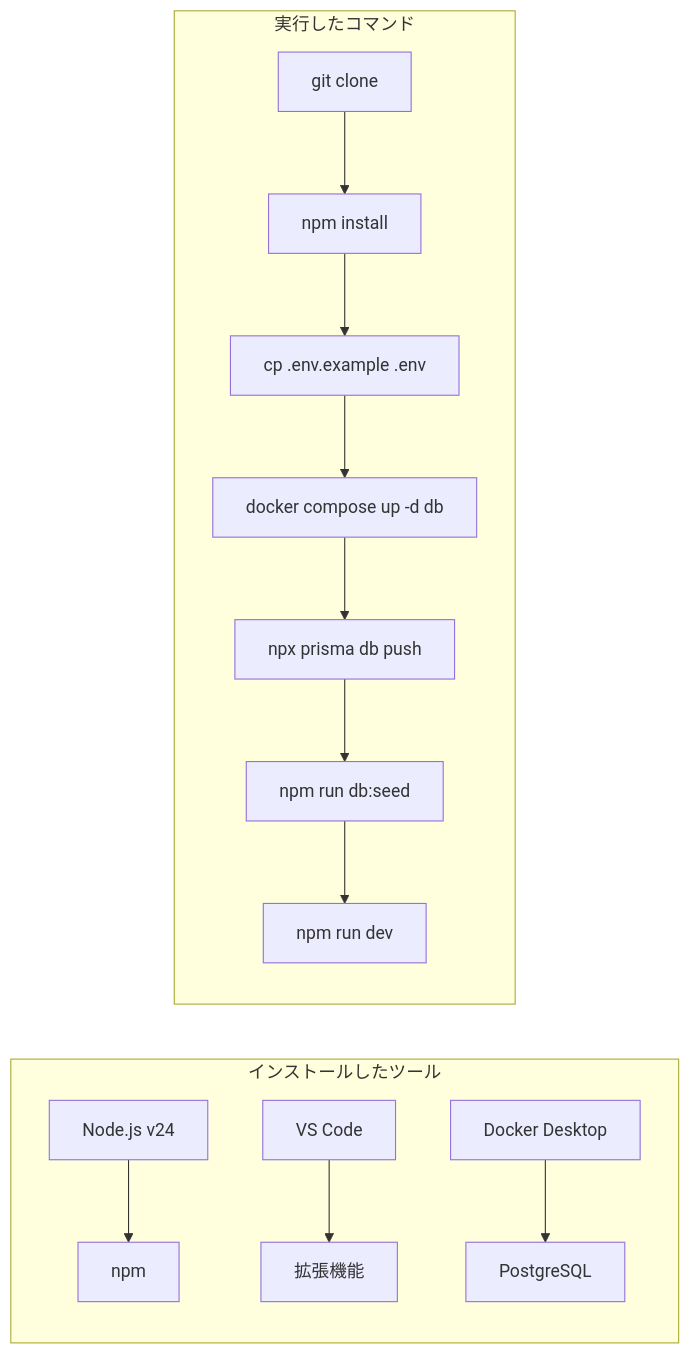
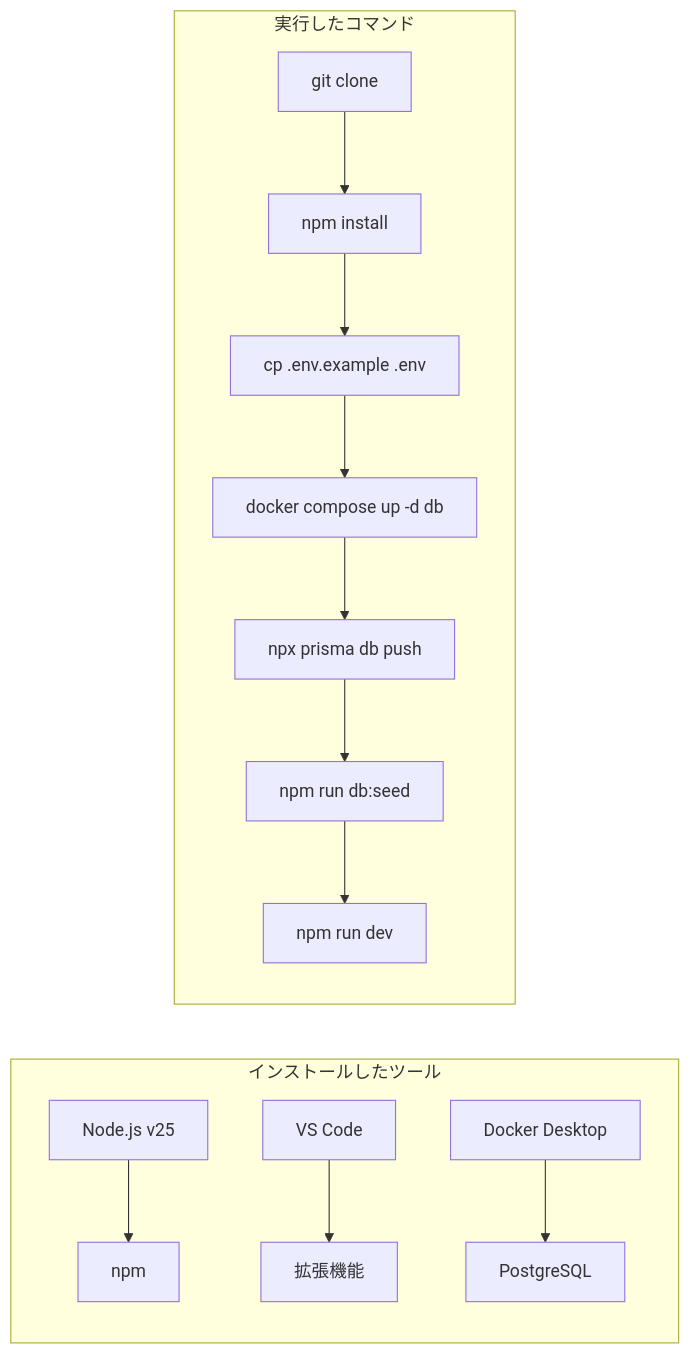
The second of 2 diagrams in material/30days-curriculum/day01_開発環境を整えて、初めてのアプリを動かそう.md (kouiso/task-app), drawn with Mermaid before and after one commit. The commit also changed other lines of this file and 19 other files, not shown here.

````diff
--- a/material/30days-curriculum/day01_開発環境を整えて、初めてのアプリを動かそう.md
+++ b/material/30days-curriculum/day01_開発環境を整えて、初めてのアプリを動かそう.md
@@ -625,17 +623,17 @@
 ```mermaid
 flowchart LR
     subgraph インストールしたツール
-        A[Node.js v24] --> B[npm]
+        A[Node.js v25] --> B[npm]
         C[VS Code] --> D[拡張機能]
         E[Docker Desktop] --> F[PostgreSQL]
     end
 
     subgraph 実行したコマンド
         G[git clone] --> H[npm install]
         H --> I[cp .env.example .env]
         I --> J[docker compose up -d db]
         J --> K[npx prisma db push]
         K --> L[npm run db:seed]
         L --> M[npm run dev]
     end
 ```
````
